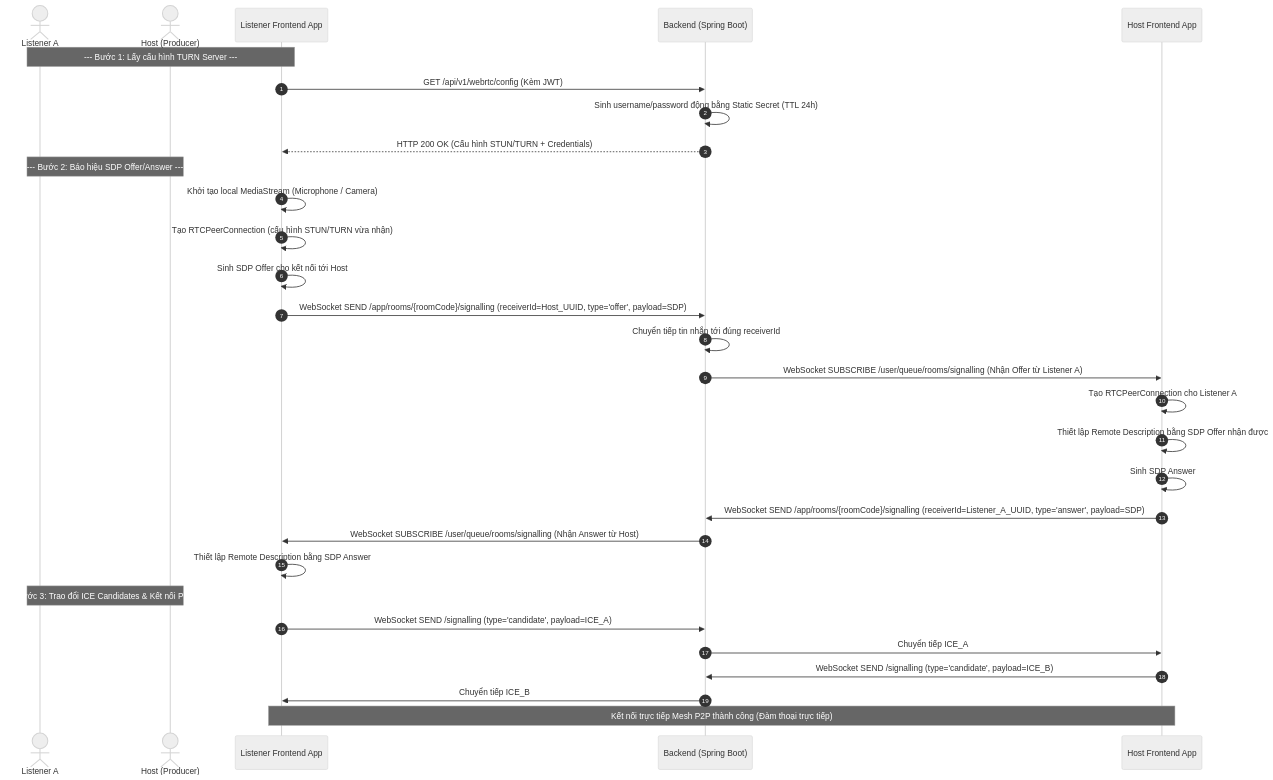
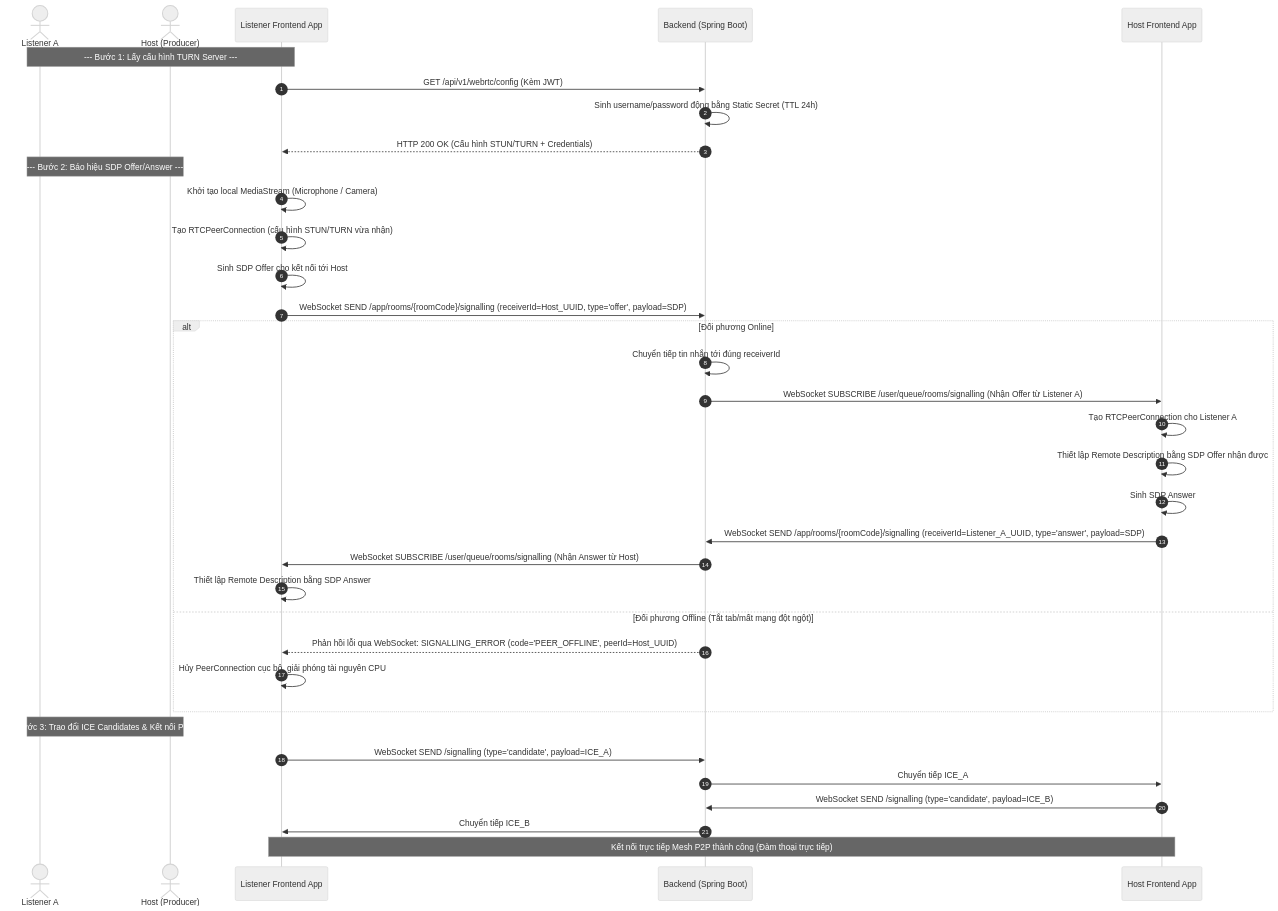
One commit to NguyenDucHoangNam/PWB_Mini changed the first of 2 diagrams in docs/2. Live Room/06_webrtc_communication.md. Above: the diagram before and after it, drawn with Mermaid (neutral theme). The commit also changed other lines of this file and 22 other files, not shown here.

````diff
--- a/docs/2. Live Room/06_webrtc_communication.md
+++ b/docs/2. Live Room/06_webrtc_communication.md
@@ -63,39 +75,44 @@
 ```mermaid
 sequenceDiagram
     autonumber
     actor Listener as Listener A
     actor Host as Host (Producer)
     participant FE as Listener Frontend App
     participant BE as Backend (Spring Boot)
     participant HostFE as Host Frontend App
 
     Note over Listener, FE: --- Bước 1: Lấy cấu hình TURN Server ---
     FE->>BE: GET /api/v1/webrtc/config (Kèm JWT)
     BE->>BE: Sinh username/password động bằng Static Secret (TTL 24h)
     BE-->>FE: HTTP 200 OK (Cấu hình STUN/TURN + Credentials)
 
     Note over Listener, Host: --- Bước 2: Báo hiệu SDP Offer/Answer ---
     FE->>FE: Khởi tạo local MediaStream (Microphone / Camera)
     FE->>FE: Tạo RTCPeerConnection (cấu hình STUN/TURN vừa nhận)
     FE->>FE: Sinh SDP Offer cho kết nối tới Host
     FE->>BE: WebSocket SEND /app/rooms/{roomCode}/signalling (receiverId=Host_UUID, type='offer', payload=SDP)
     
-    BE->>BE: Chuyển tiếp tin nhắn tới đúng receiverId
-    BE->>HostFE: WebSocket SUBSCRIBE /user/queue/rooms/signalling (Nhận Offer từ Listener A)
-    
-    HostFE->>HostFE: Tạo RTCPeerConnection cho Listener A
-    HostFE->>HostFE: Thiết lập Remote Description bằng SDP Offer nhận được
-    HostFE->>HostFE: Sinh SDP Answer
-    HostFE->>BE: WebSocket SEND /app/rooms/{roomCode}/signalling (receiverId=Listener_A_UUID, type='answer', payload=SDP)
-    
-    BE->>FE: WebSocket SUBSCRIBE /user/queue/rooms/signalling (Nhận Answer từ Host)
-    FE->>FE: Thiết lập Remote Description bằng SDP Answer
+    alt Đối phương Online
+        BE->>BE: Chuyển tiếp tin nhắn tới đúng receiverId
+        BE->>HostFE: WebSocket SUBSCRIBE /user/queue/rooms/signalling (Nhận Offer từ Listener A)
+        
+        HostFE->>HostFE: Tạo RTCPeerConnection cho Listener A
+        HostFE->>HostFE: Thiết lập Remote Description bằng SDP Offer nhận được
+        HostFE->>HostFE: Sinh SDP Answer
+        HostFE->>BE: WebSocket SEND /app/rooms/{roomCode}/signalling (receiverId=Listener_A_UUID, type='answer', payload=SDP)
+        
+        BE->>FE: WebSocket SUBSCRIBE /user/queue/rooms/signalling (Nhận Answer từ Host)
+        FE->>FE: Thiết lập Remote Description bằng SDP Answer
+    else Đối phương Offline (Tắt tab/mất mạng đột ngột)
+        BE-->>FE: Phản hồi lỗi qua WebSocket: SIGNALLING_ERROR (code='PEER_OFFLINE', peerId=Host_UUID)
+        FE->>FE: Hủy PeerConnection cục bộ, giải phóng tài nguyên CPU
+    end
     
     Note over Listener, Host: --- Bước 3: Trao đổi ICE Candidates & Kết nối P2P ---
     FE->>BE: WebSocket SEND /signalling (type='candidate', payload=ICE_A)
     BE->>HostFE: Chuyển tiếp ICE_A
     HostFE->>BE: WebSocket SEND /signalling (type='candidate', payload=ICE_B)
     BE->>FE: Chuyển tiếp ICE_B
     
     Note over FE, HostFE: Kết nối trực tiếp Mesh P2P thành công (Đàm thoại trực tiếp)
 ```
````
